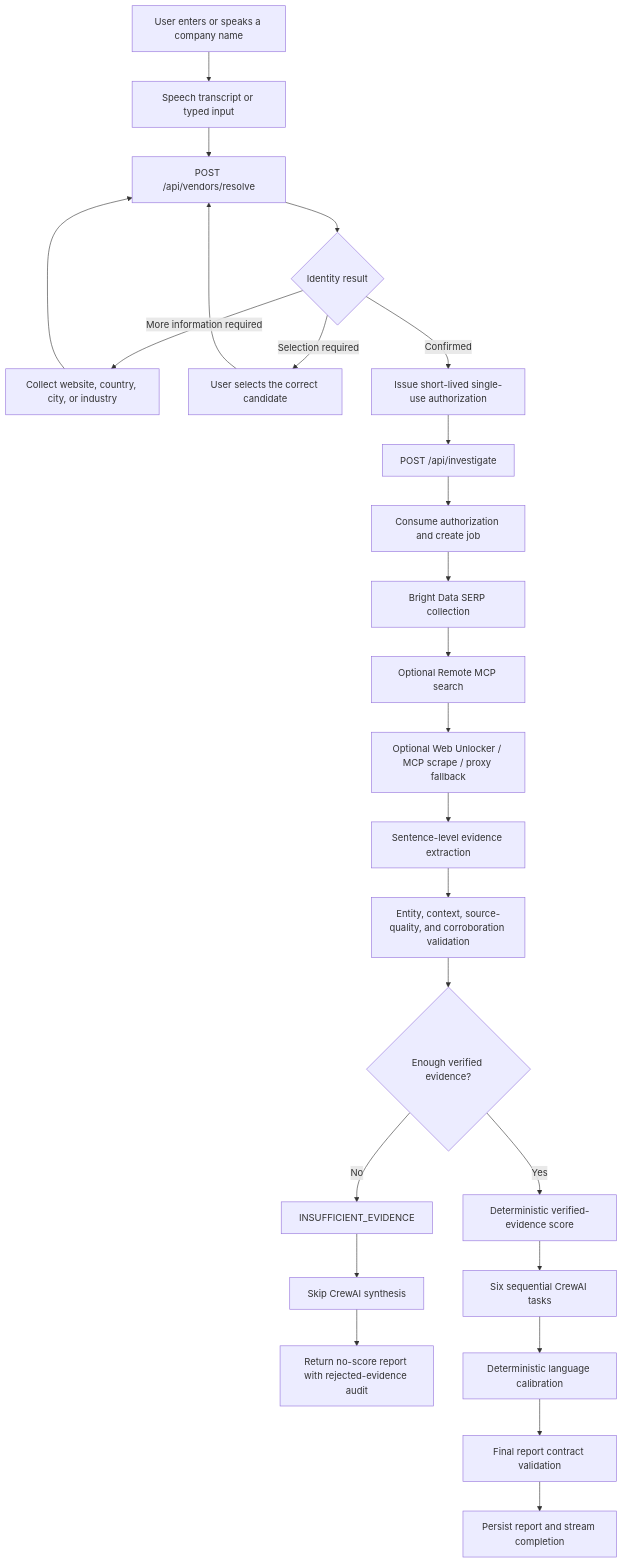
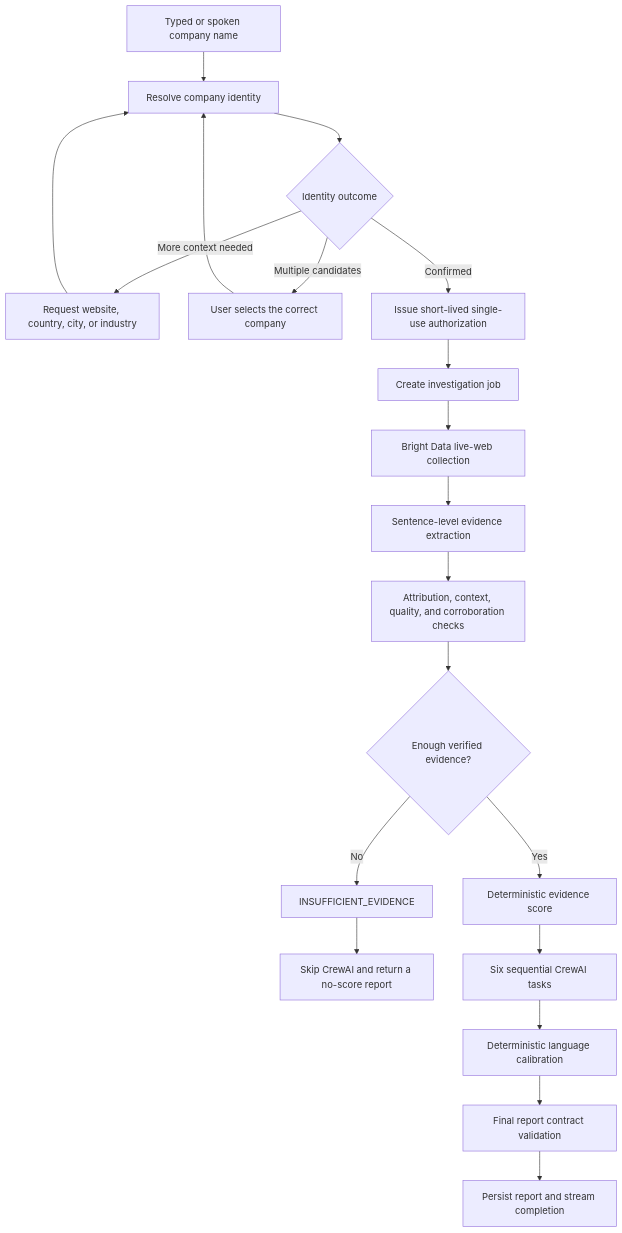
Before and after one commit to Jxxy123/sentinel-web-risk-intelligence: the first of 2 diagrams in README.md, drawn with Mermaid. The commit also changed other lines of this file, not shown here.

````diff
--- a/README.md
+++ b/README.md
@@ -108,33 +118,28 @@
 ```mermaid
 flowchart TD
-    A[User enters or speaks a company name] --> B[Speech transcript or typed input]
-    B --> C[POST /api/vendors/resolve]
-    C --> D{Identity result}
+    A[Typed or spoken company name] --> B[Resolve company identity]
+    B --> C{Identity outcome}
 
-    D -->|More information required| E[Collect website, country, city, or industry]
-    E --> C
+    C -->|More context needed| D[Request website, country, city, or industry]
+    D --> B
 
-    D -->|Selection required| F[User selects the correct candidate]
-    F --> C
+    C -->|Multiple candidates| E[User selects the correct company]
+    E --> B
 
-    D -->|Confirmed| G[Issue short-lived single-use authorization]
-    G --> H[POST /api/investigate]
-    H --> I[Consume authorization and create job]
+    C -->|Confirmed| F[Issue short-lived single-use authorization]
+    F --> G[Create investigation job]
 
-    I --> J[Bright Data SERP collection]
-    J --> K[Optional Remote MCP search]
-    K --> L[Optional Web Unlocker / MCP scrape / proxy fallback]
-    L --> M[Sentence-level evidence extraction]
-    M --> N[Entity, context, source-quality, and corroboration validation]
-    N --> O{Enough verified evidence?}
+    G --> H[Bright Data live-web collection]
+    H --> I[Sentence-level evidence extraction]
+    I --> J[Attribution, context, quality, and corroboration checks]
+    J --> K{Enough verified evidence?}
 
-    O -->|No| P[INSUFFICIENT_EVIDENCE]
-    P --> Q[Skip CrewAI synthesis]
-    Q --> R[Return no-score report with rejected-evidence audit]
+    K -->|No| L[INSUFFICIENT_EVIDENCE]
+    L --> M[Skip CrewAI and return a no-score report]
 
-    O -->|Yes| S[Deterministic verified-evidence score]
-    S --> T[Six sequential CrewAI tasks]
-    T --> U[Deterministic language calibration]
-    U --> V[Final report contract validation]
-    V --> W[Persist report and stream completion]
+    K -->|Yes| N[Deterministic evidence score]
+    N --> O[Six sequential CrewAI tasks]
+    O --> P[Deterministic language calibration]
+    P --> Q[Final report contract validation]
+    Q --> R[Persist report and stream completion]
 ```
````
